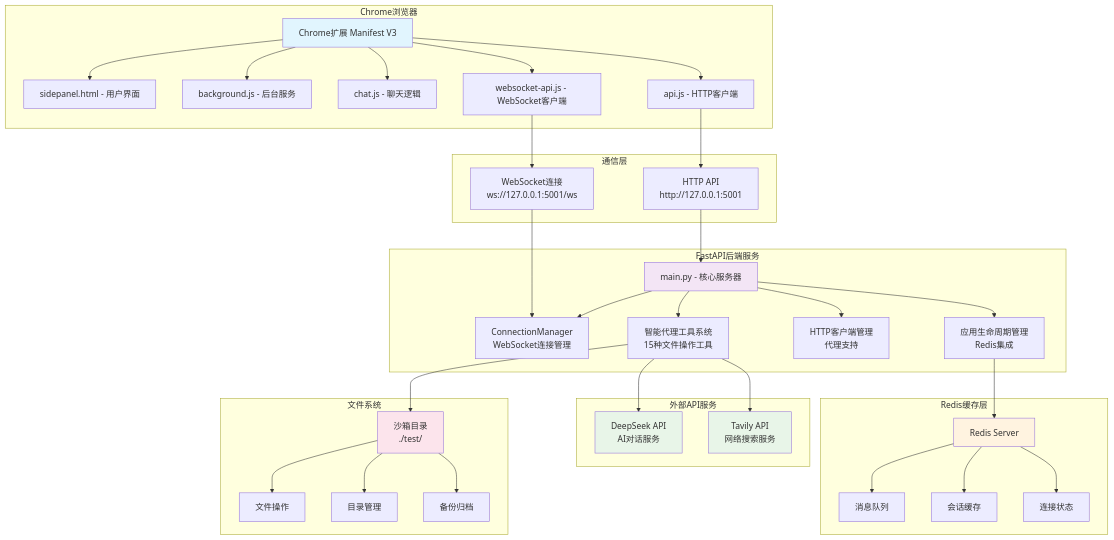
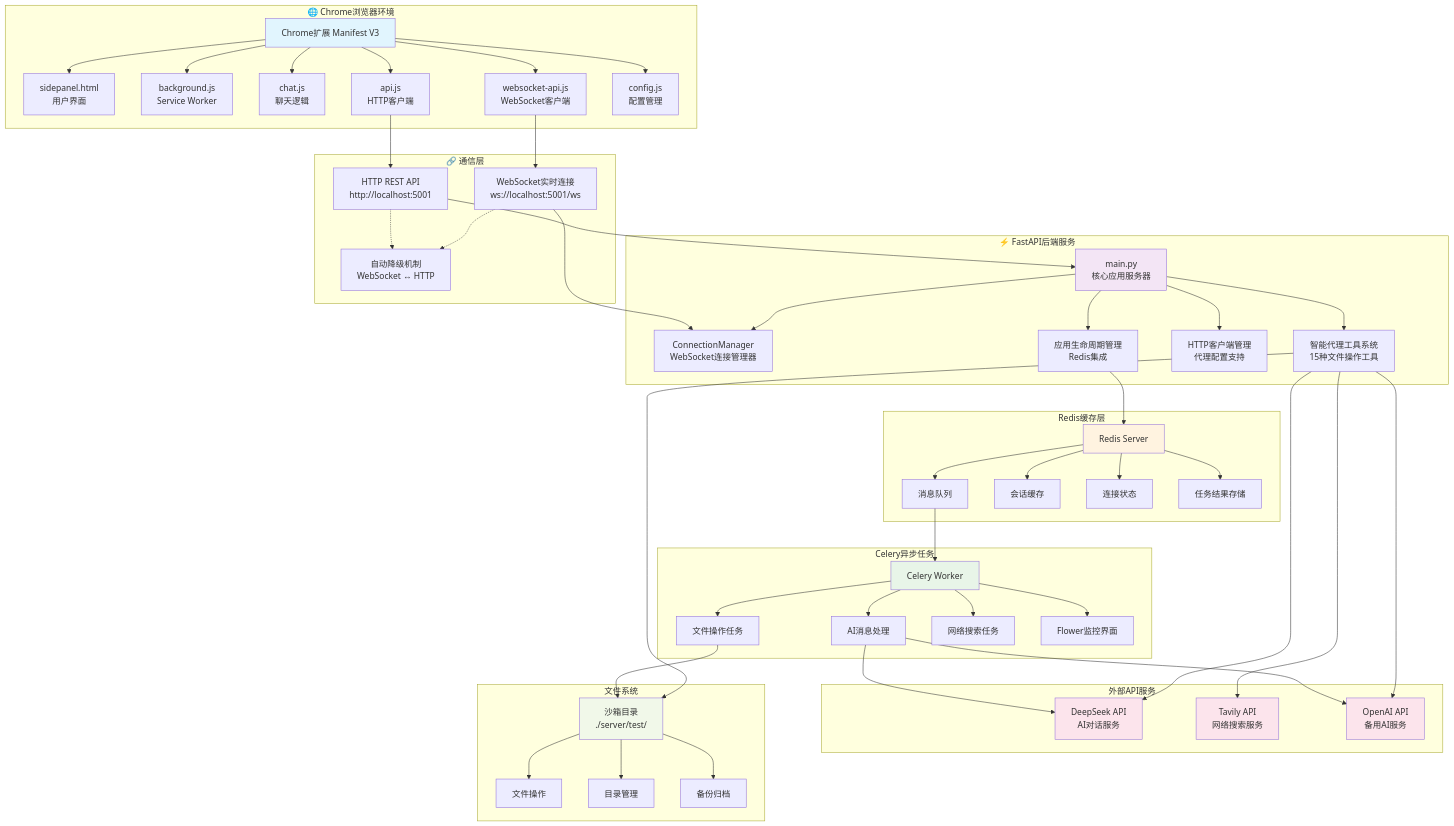
One commit to ZooTi9er/chrome_plus_fast changed the first of 2 diagrams in docs/DEVELOPMENT_DESIGN_DOCUMENT.md. Above: the diagram before and after it, drawn with Mermaid. The commit also changed other lines of this file and 5 other files, not shown here.

````diff
--- a/docs/DEVELOPMENT_DESIGN_DOCUMENT.md
+++ b/docs/DEVELOPMENT_DESIGN_DOCUMENT.md
@@ -45,33 +176,38 @@
 ```mermaid
 graph TB
-    subgraph "Chrome浏览器"
+    subgraph "🌐 Chrome浏览器环境"
         A[Chrome扩展 Manifest V3]
-        A1[sidepanel.html - 用户界面]
-        A2[background.js - 后台服务]
-        A3[chat.js - 聊天逻辑]
-        A4[api.js - HTTP客户端]
-        A5[websocket-api.js - WebSocket客户端]
+        A1[sidepanel.html<br/>用户界面]
+        A2[background.js<br/>Service Worker]
+        A3[chat.js<br/>聊天逻辑]
+        A4[api.js<br/>HTTP客户端]
+        A5[websocket-api.js<br/>WebSocket客户端]
+        A6[config.js<br/>配置管理]
 
         A --> A1
         A --> A2
         A --> A3
         A --> A4
         A --> A5
+        A --> A6
     end
 
-    subgraph "通信层"
-        B1[WebSocket连接<br/>ws://127.0.0.1:5001/ws]
-        B2[HTTP API<br/>http://127.0.0.1:5001]
+    subgraph "🔗 通信层"
+        B1[WebSocket实时连接<br/>ws://localhost:5001/ws]
+        B2[HTTP REST API<br/>http://localhost:5001]
+        B3[自动降级机制<br/>WebSocket ↔ HTTP]
 
         A4 --> B2
         A5 --> B1
+        B1 -.-> B3
+        B2 -.-> B3
     end
 
-    subgraph "FastAPI后端服务"
-        C[main.py - 核心服务器]
-        C1[ConnectionManager<br/>WebSocket连接管理]
+    subgraph "⚡ FastAPI后端服务"
+        C[main.py<br/>核心应用服务器]
+        C1[ConnectionManager<br/>WebSocket连接管理器]
         C2[智能代理工具系统<br/>15种文件操作工具]
-        C3[HTTP客户端管理<br/>代理支持]
+        C3[HTTP客户端管理<br/>代理配置支持]
         C4[应用生命周期管理<br/>Redis集成]
 
         C --> C1
@@ -88,39 +224,63 @@
         D1[消息队列]
         D2[会话缓存]
         D3[连接状态]
+        D4[任务结果存储]
 
         D --> D1
         D --> D2
         D --> D3
+        D --> D4
 
         C4 --> D
     end
 
+    subgraph "Celery异步任务"
+        E[Celery Worker]
+        E1[AI消息处理]
+        E2[文件操作任务]
+        E3[网络搜索任务]
+        E4[Flower监控界面]
+
+        E --> E1
+        E --> E2
+        E --> E3
+        E --> E4
+
+        D1 --> E
+    end
+
     subgraph "外部API服务"
-        E1[DeepSeek API<br/>AI对话服务]
-        E2[Tavily API<br/>网络搜索服务]
+        F1[DeepSeek API<br/>AI对话服务]
+        F2[Tavily API<br/>网络搜索服务]
+        F3[OpenAI API<br/>备用AI服务]
 
-        C2 --> E1
-        C2 --> E2
+        C2 --> F1
+        C2 --> F2
+        C2 --> F3
+        E1 --> F1
+        E1 --> F3
     end
 
     subgraph "文件系统"
-        F[沙箱目录<br/>./test/]
-        F1[文件操作]
-        F2[目录管理]
-        F3[备份归档]
+        G[沙箱目录<br/>./server/test/]
+        G1[文件操作]
+        G2[目录管理]
+        G3[备份归档]
 
-        F --> F1
-        F --> F2
-        F --> F3
+        G --> G1
+        G --> G2
+        G --> G3
 
-        C2 --> F
+        C2 --> G
+        E2 --> G
     end
 
     style A fill:#e1f5fe
     style C fill:#f3e5f5
     style D fill:#fff3e0
-    style E1 fill:#e8f5e8
-    style E2 fill:#e8f5e8
-    style F fill:#fce4ec
+    style E fill:#e8f5e8
+    style F1 fill:#fce4ec
+    style F2 fill:#fce4ec
+    style F3 fill:#fce4ec
+    style G fill:#f1f8e9
 ```
````
